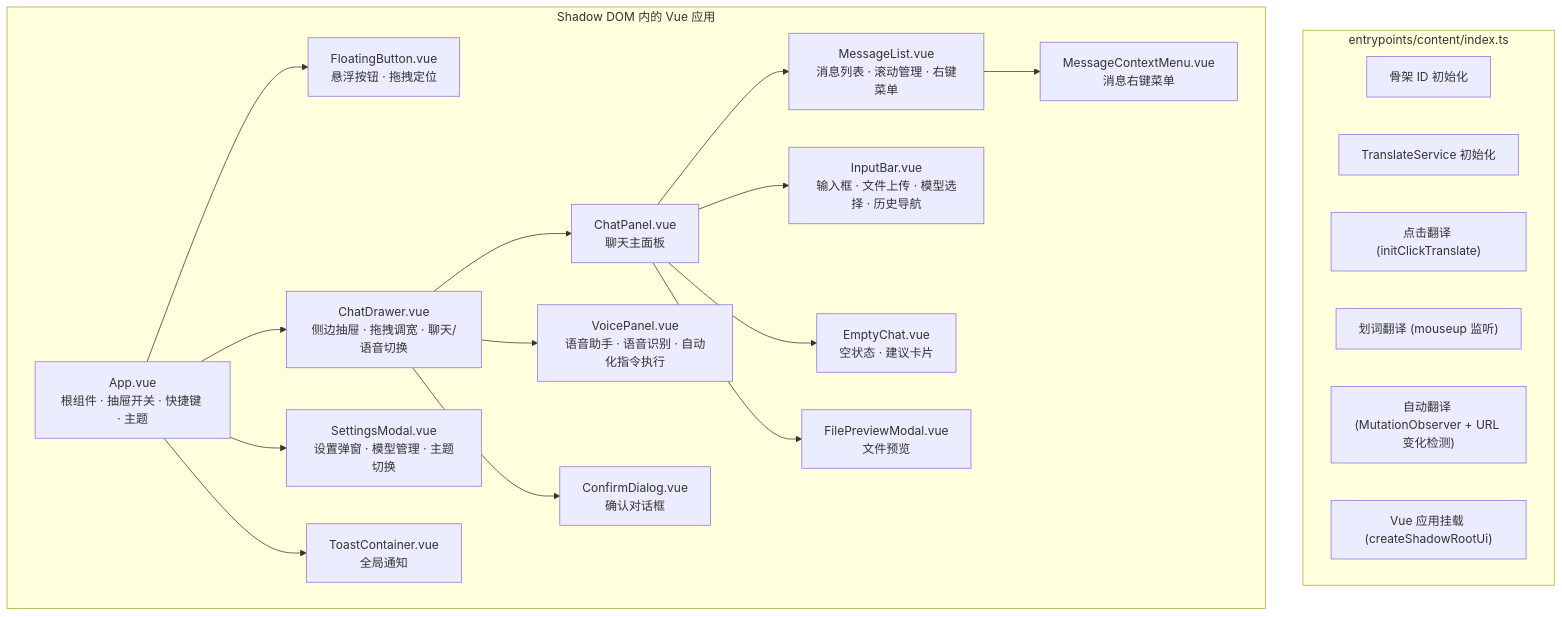
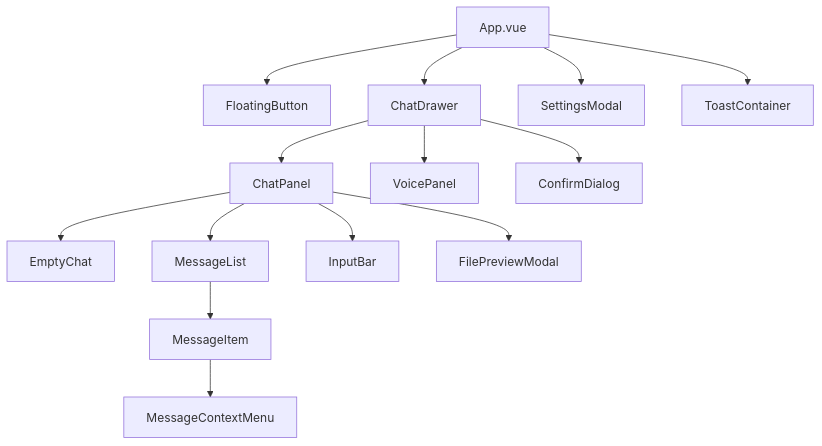
The second of 8 diagrams in docs/architecture/content-script.md (zw123zw/ai-browser), drawn with Mermaid before and after one commit. The commit also changed other lines of this file and 42 other files, not shown here.

````diff
--- a/docs/architecture/content-script.md
+++ b/docs/architecture/content-script.md
@@ -13,40 +84,34 @@
 ```mermaid
-graph TD
-    subgraph ContentScript["entrypoints/content/index.ts"]
-        INIT["骨架 ID 初始化"]
-        TRANS["TranslateService 初始化"]
-        CLICK["点击翻译 (initClickTranslate)"]
-        SELECT["划词翻译 (mouseup 监听)"]
-        AUTO["自动翻译 (MutationObserver + URL 变化检测)"]
-        MOUNT["Vue 应用挂载 (createShadowRootUi)"]
-    end
-
-    subgraph VueApp["Shadow DOM 内的 Vue 应用"]
-        App["App.vue<br/>根组件 · 抽屉开关 · 快捷键 · 主题"]
-        FB["FloatingButton.vue<br/>悬浮按钮 · 拖拽定位"]
-        CD["ChatDrawer.vue<br/>侧边抽屉 · 拖拽调宽 · 聊天/语音切换"]
-        CP["ChatPanel.vue<br/>聊天主面板"]
-        ML["MessageList.vue<br/>消息列表 · 滚动管理 · 右键菜单"]
-        IB["InputBar.vue<br/>输入框 · 文件上传 · 模型选择 · 历史导航"]
-        EC["EmptyChat.vue<br/>空状态 · 建议卡片"]
-        SM["SettingsModal.vue<br/>设置弹窗 · 模型管理 · 主题切换"]
-        VP["VoicePanel.vue<br/>语音助手 · 语音识别 · 自动化指令执行"]
-        TC["ToastContainer.vue<br/>全局通知"]
-        CD2["ConfirmDialog.vue<br/>确认对话框"]
-        FPM["FilePreviewModal.vue<br/>文件预览"]
-        MCM["MessageContextMenu.vue<br/>消息右键菜单"]
-    end
+graph TB
+    App["App.vue"]
+    FB["FloatingButton"]
+    CD["ChatDrawer"]
+    CP["ChatPanel"]
+    EC["EmptyChat"]
+    ML["MessageList"]
+    MI["MessageItem"]
+    MCM["MessageContextMenu"]
+    IB["InputBar"]
+    FPM["FilePreviewModal"]
+    VP["VoicePanel"]
+    SM["SettingsModal"]
+    TC["ToastContainer"]
+    CFD["ConfirmDialog"]
 
     App --> FB
     App --> CD
     App --> SM
     App --> TC
+
     CD --> CP
     CD --> VP
-    CD --> CD2
+    CD --> CFD
+
+    CP --> EC
     CP --> ML
     CP --> IB
-    CP --> EC
     CP --> FPM
-    ML --> MCM
+
+    ML --> MI
+    MI --> MCM
 ```
````
